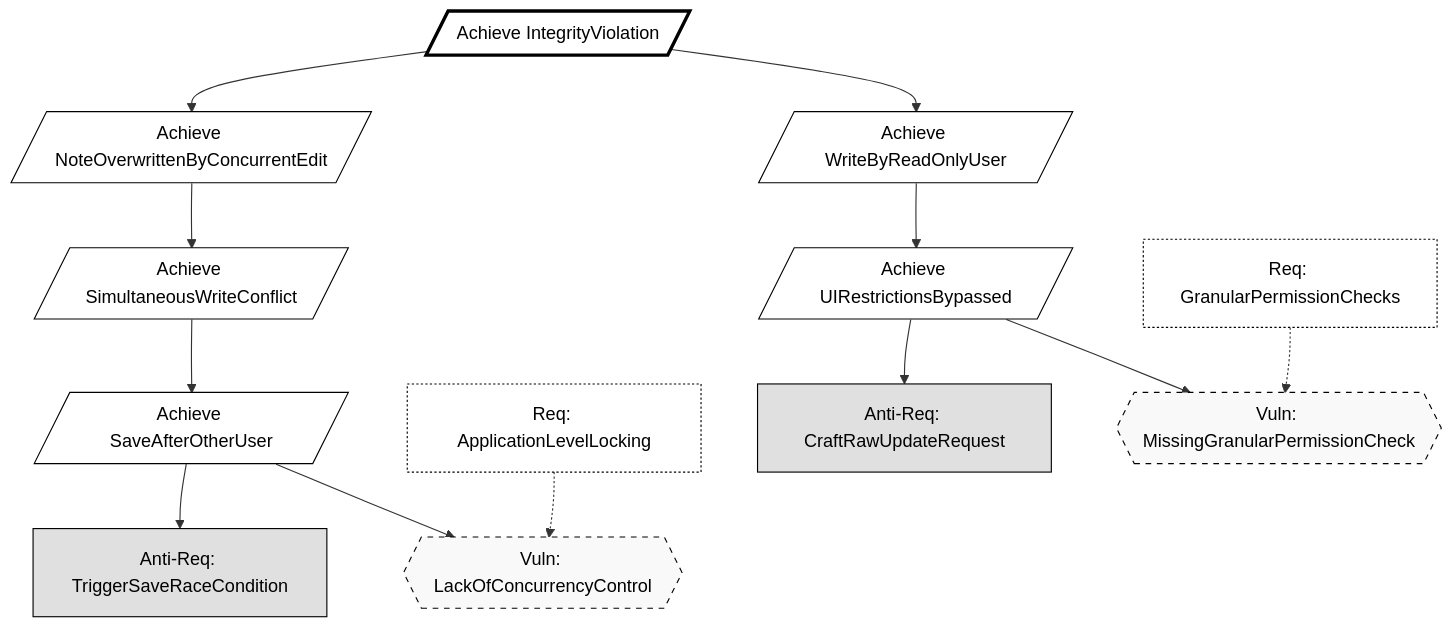
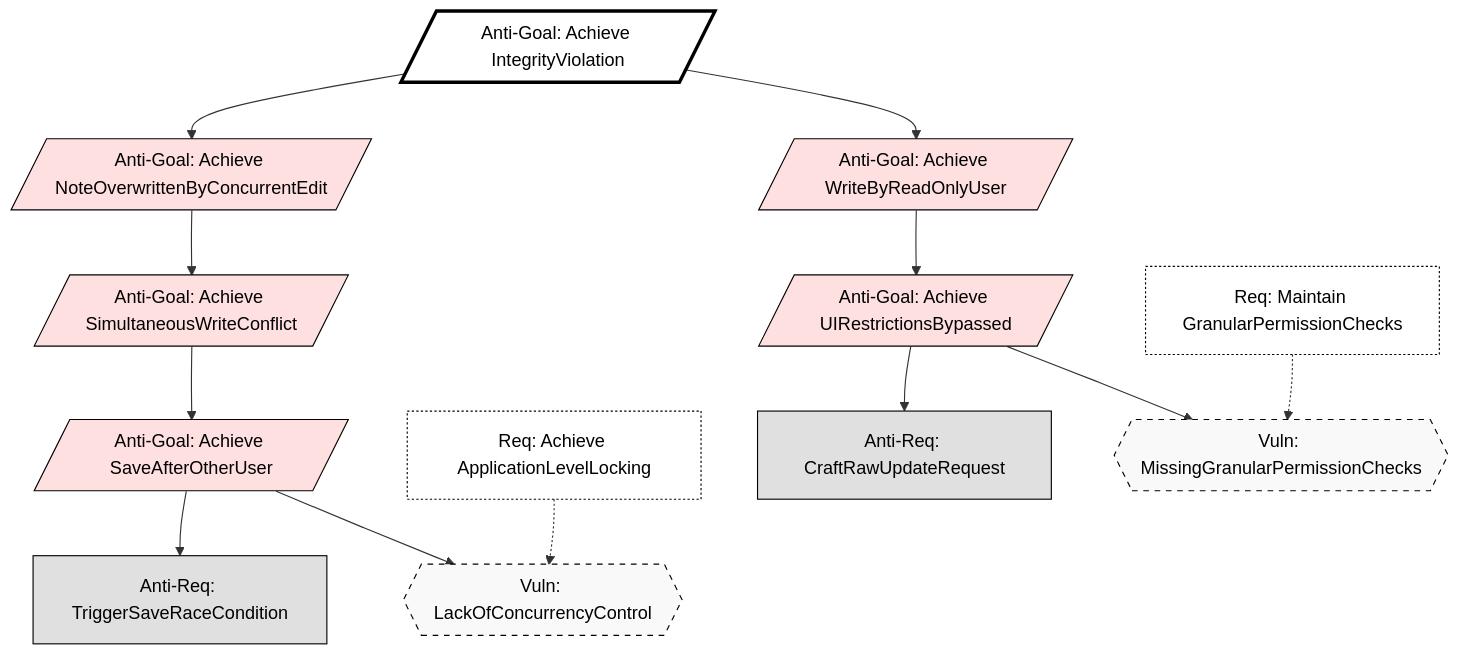
The second of 3 diagrams in KAOS.md (StefanB07/Secure-Notes-App), drawn with Mermaid before and after one commit. The commit also changed other lines of this file and 6 other files, not shown here.

`````diff
--- a/KAOS.md
+++ b/KAOS.md
@@ -232,61 +259,61 @@
 ```mermaid
 graph TD
 %% --- STYLING ---
     classDef root fill:#fff,stroke:#000,stroke-width:3px,color:#000;
     classDef goal fill:#fff,stroke:#000,stroke-width:1px,color:#000;
-    classDef milestone fill:#fff,stroke:#000,stroke-width:2px,stroke-dasharray: 5 5,color:#000;
+    classDef antiGoal fill:#ffe0e0,stroke:#000,stroke-width:1px,color:#000;
     classDef antiReq fill:#e0e0e0,stroke:#000,stroke-width:1px,color:#000;
     classDef vuln fill:#f9f9f9,stroke:#000,stroke-width:1px,stroke-dasharray: 5 5,color:#000;
     classDef cm fill:#fff,stroke:#000,stroke-width:1px,stroke-dasharray: 2 2,color:#000;
 
 %% ==========================================
 %% STRATEGIC ROOTS
 %% ==========================================
-    AG_Root[/Achieve IntegrityViolation/]:::root
+    AG_Root[/Anti-Goal: Achieve IntegrityViolation/]:::root
 
 %% ==========================================
 %% BRANCH 1: CONCURRENCY (Race Conditions)
 %% ==========================================
-    AG_Overwrite[/Achieve NoteOverwrittenByConcurrentEdit/]:::goal
+    AG_Overwrite[/Anti-Goal: Achieve NoteOverwrittenByConcurrentEdit/]:::antiGoal
     AG_Root --> AG_Overwrite
 
 %% Refinement
-    AG_Simul[/Achieve SimultaneousWriteConflict/]:::goal
+    AG_Simul[/Anti-Goal: Achieve SimultaneousWriteConflict/]:::antiGoal
     AG_Overwrite --> AG_Simul
 
 %% Specific Scenario: The Race Condition
-    AG_Race[/Achieve SaveAfterOtherUser/]:::goal
+    AG_Race[/Anti-Goal: Achieve SaveAfterOtherUser/]:::antiGoal
     AG_Simul --> AG_Race
 
 %% Leaf Nodes (Vulnerability + Attacker Action)
     AR_Save[Anti-Req: TriggerSaveRaceCondition]:::antiReq
     Vuln_Lock{{Vuln: LackOfConcurrencyControl}}:::vuln
 
     AG_Race --> AR_Save
     AG_Race --> Vuln_Lock
 
 %% Countermeasure
-    CM_Lock[Req: ApplicationLevelLocking]:::cm
+    CM_Lock[Req: Achieve ApplicationLevelLocking]:::cm
     CM_Lock -.-> Vuln_Lock
 
 %% ==========================================
 %% BRANCH 2: AUTHORIZATION BYPASS (Privilege Escalation)
 %% ==========================================
-    AG_Authz[/Achieve WriteByReadOnlyUser/]:::goal
+    AG_Authz[/Anti-Goal: Achieve WriteByReadOnlyUser/]:::antiGoal
     AG_Root --> AG_Authz
 
 %% Refinement: Bypassing the UI
-    AG_BypassUI[/Achieve UIRestrictionsBypassed/]:::goal
+    AG_BypassUI[/Anti-Goal: Achieve UIRestrictionsBypassed/]:::antiGoal
     AG_Authz --> AG_BypassUI
 
 %% Leaf Nodes
     AR_Craft[Anti-Req: CraftRawUpdateRequest]:::antiReq
-    Vuln_Perm{{Vuln: MissingGranularPermissionCheck}}:::vuln
+    Vuln_Perm{{Vuln: MissingGranularPermissionChecks}}:::vuln
 
     AG_BypassUI --> AR_Craft
     AG_BypassUI --> Vuln_Perm
 
 %% Countermeasure
-    CM_RBAC[Req: GranularPermissionChecks]:::cm
+    CM_RBAC[Req: Maintain GranularPermissionChecks]:::cm
     CM_RBAC -.-> Vuln_Perm
-```
+````
`````
